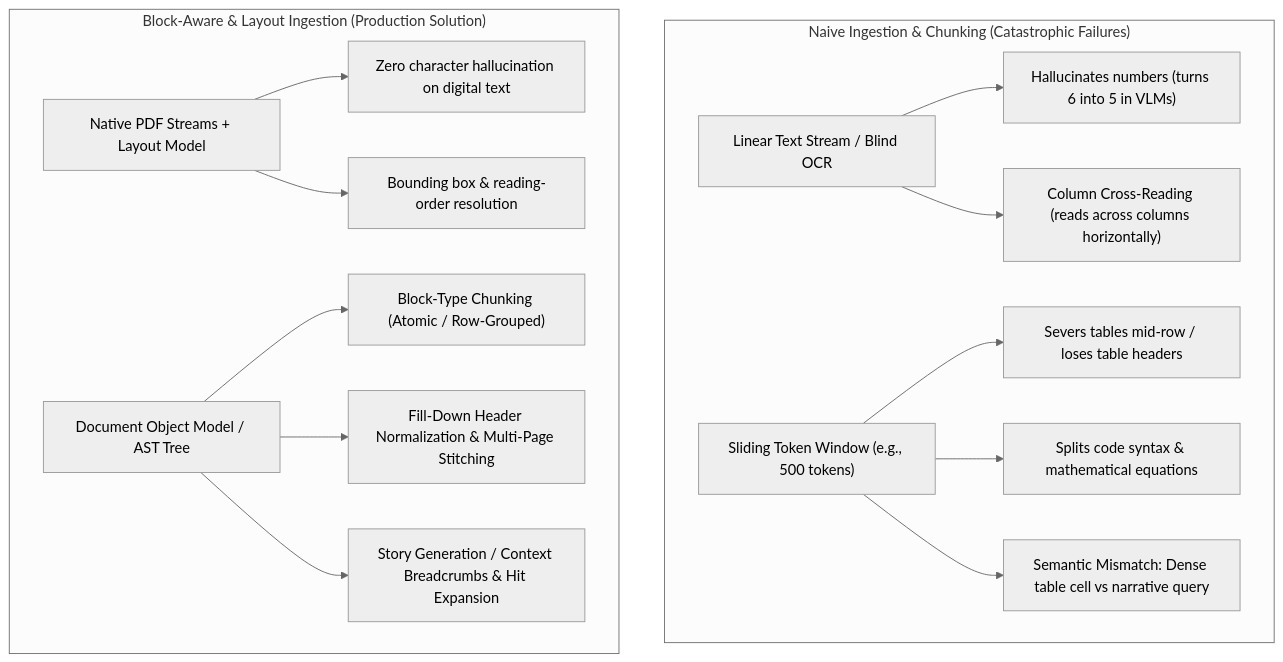
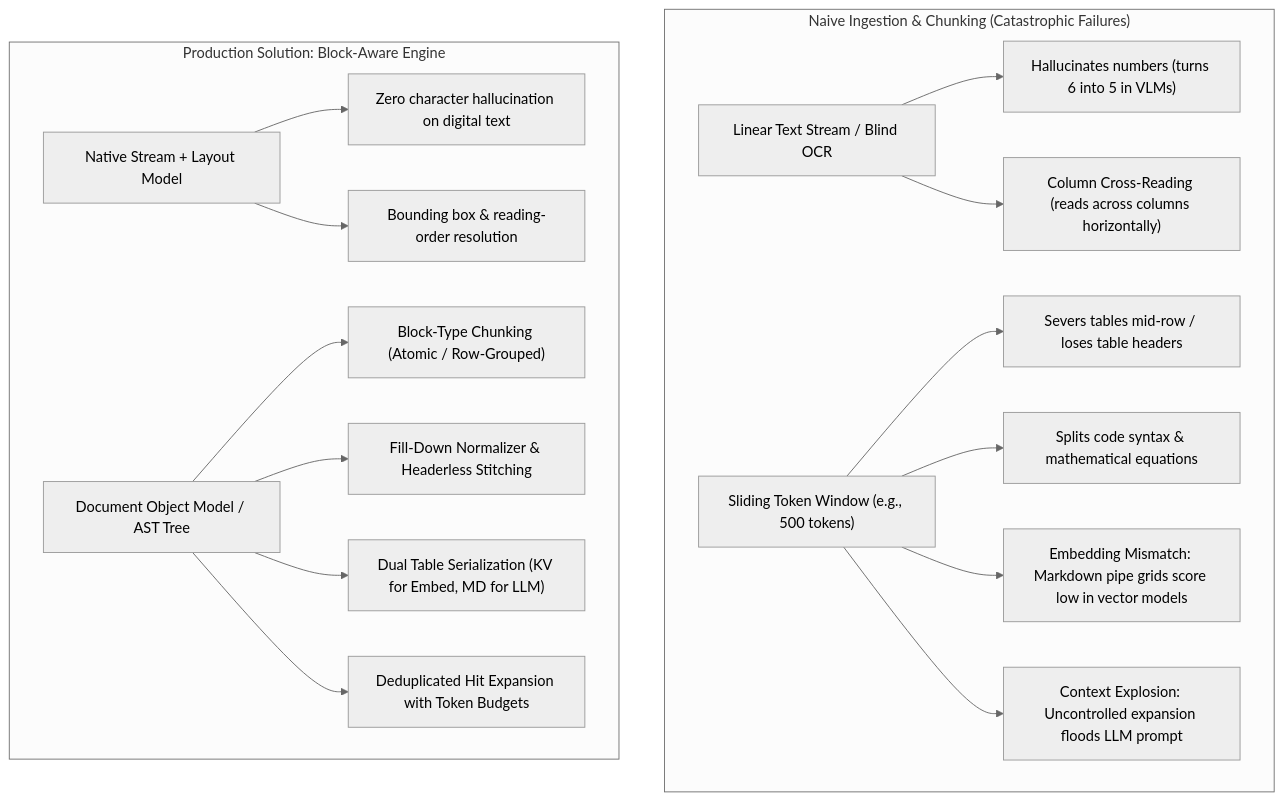
One commit to Souheil007/Rag_Full_Version changed the first of 4 diagrams in plans/plan7.md. Above: the diagram before and after it, drawn with Mermaid (neutral theme). The commit also changed other lines of this file, not shown here.

Commit message:
docs(plan7): refine plan with dual serialization, hit deduplication, and token budgeting

````diff
--- a/plans/plan7.md
+++ b/plans/plan7.md
@@ -12,18 +12,20 @@
 ```mermaid
 flowchart TD
     subgraph Naive ["Naive Ingestion & Chunking (Catastrophic Failures)"]
         N1["Linear Text Stream / Blind OCR"] --> N2["Hallucinates numbers (turns 6 into 5 in VLMs)"]
         N1 --> N3["Column Cross-Reading (reads across columns horizontally)"]
         N4["Sliding Token Window (e.g., 500 tokens)"] --> N5["Severs tables mid-row / loses table headers"]
         N4 --> N6["Splits code syntax & mathematical equations"]
-        N4 --> N7["Semantic Mismatch: Dense table cell vs narrative query"]
+        N4 --> N7["Embedding Mismatch: Markdown pipe grids score low in vector models"]
+        N4 --> N8["Context Explosion: Uncontrolled expansion floods LLM prompt"]
     end
 
-    subgraph Structured ["Block-Aware & Layout Ingestion (Production Solution)"]
-        S1["Native PDF Streams + Layout Model"] --> S2["Zero character hallucination on digital text"]
+    subgraph Structured ["Production Solution: Block-Aware Engine"]
+        S1["Native Stream + Layout Model"] --> S2["Zero character hallucination on digital text"]
         S1 --> S3["Bounding box & reading-order resolution"]
         S4["Document Object Model / AST Tree"] --> S5["Block-Type Chunking (Atomic / Row-Grouped)"]
-        S4 --> S6["Fill-Down Header Normalization & Multi-Page Stitching"]
-        S4 --> S7["Story Generation / Context Breadcrumbs & Hit Expansion"]
+        S4 --> S6["Fill-Down Normalizer & Headerless Stitching"]
+        S4 --> S7["Dual Table Serialization (KV for Embed, MD for LLM)"]
+        S4 --> S8["Deduplicated Hit Expansion with Token Budgets"]
     end
 ```
````
